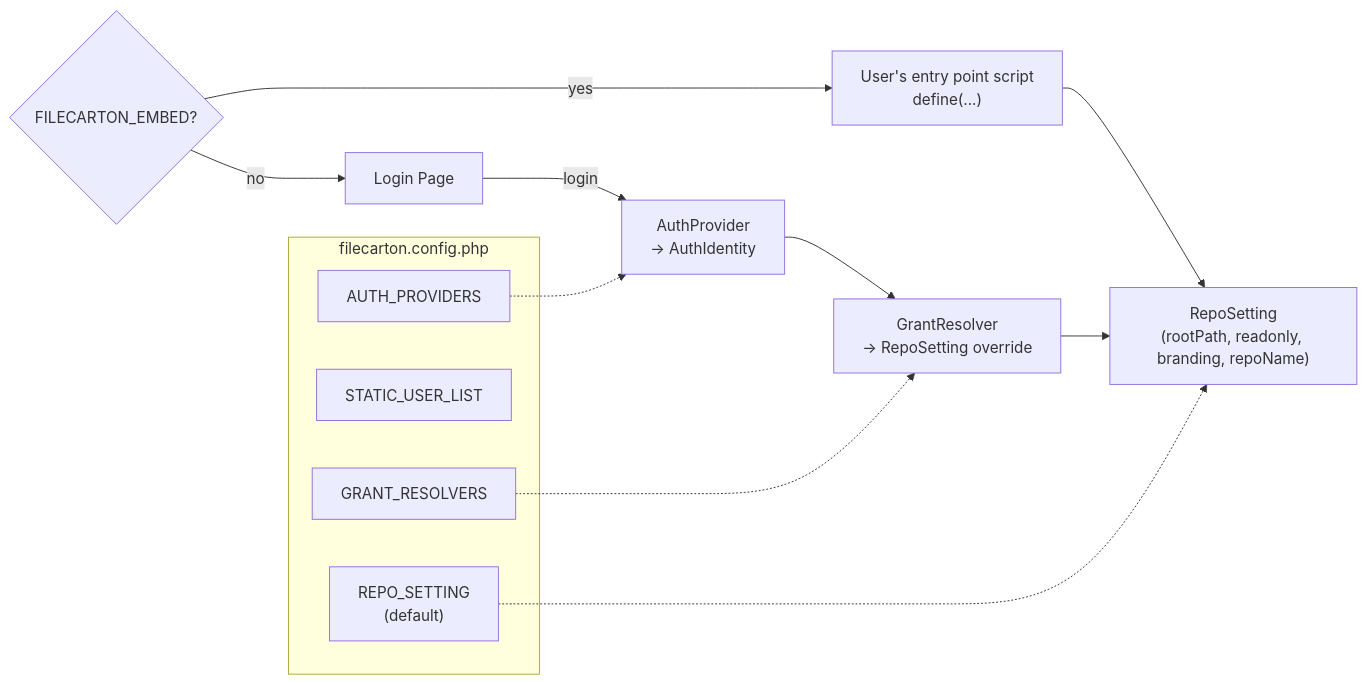
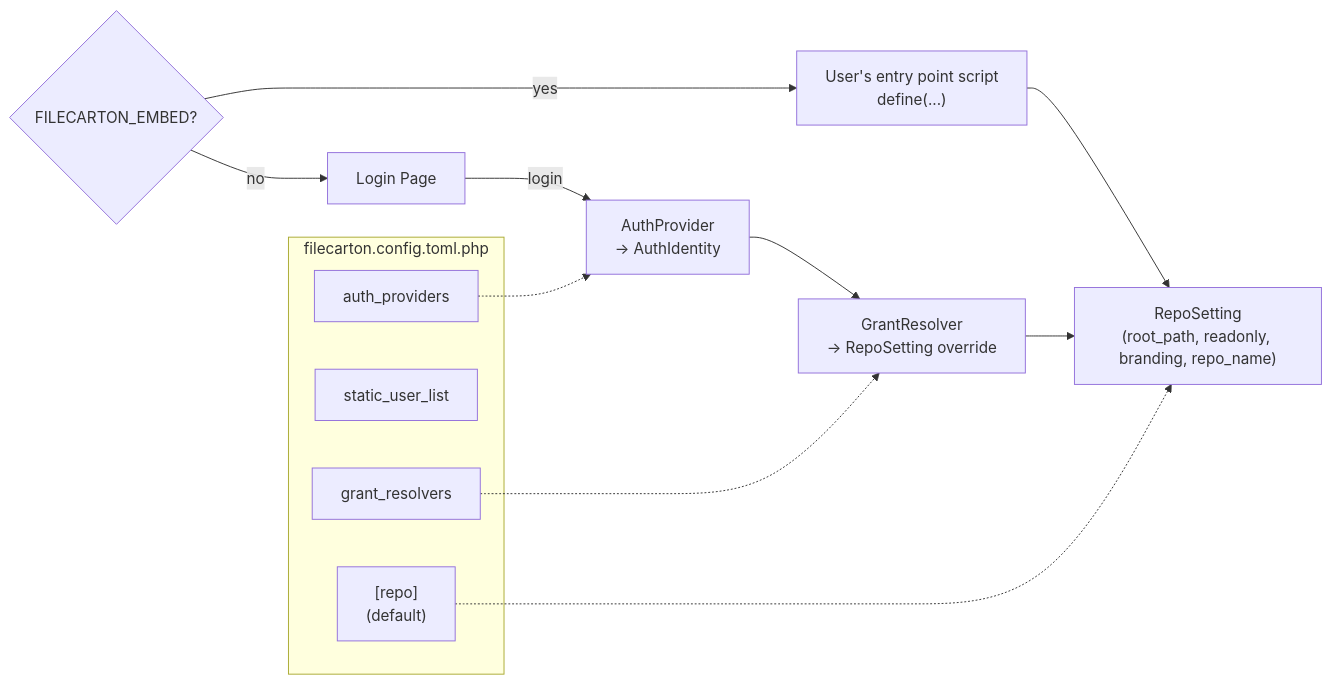
One commit to zbx1425/filecarton changed the diagram in docs/config_auth.md. Above: the diagram before and after it, drawn with Mermaid. The commit also changed other lines of this file and 28 other files, not shown here.

Commit message:
feat: use TOML for config

````diff
--- a/docs/config_auth.md
+++ b/docs/config_auth.md
@@ -9,23 +9,23 @@
 ```mermaid
 flowchart LR
     mode{"FILECARTON_EMBED?"}
 
     mode -->|"yes"| entry["User's entry point script\ndefine(...)"]
-    entry --> repoSetting["RepoSetting\n(rootPath, readonly, branding, repoName)"]
+    entry --> repoSetting["RepoSetting\n(root_path, readonly, branding, repo_name)"]
 
     mode -->|"no"| browser["Login Page"]
     browser -->|"login"| provider["AuthProvider\n→ AuthIdentity"]
     provider --> grant["GrantResolver\n→ RepoSetting override"]
     grant --> repoSetting
 
-    subgraph config ["filecarton.config.php"]
-        defaultSetting["REPO_SETTING\n(default)"]
-        userList["STATIC_USER_LIST"]
-        providers["AUTH_PROVIDERS"]
-        resolvers["GRANT_RESOLVERS"]
+    subgraph config ["filecarton.config.toml.php"]
+        defaultSetting["[repo]\n(default)"]
+        userList["static_user_list"]
+        providers["auth_providers"]
+        resolvers["grant_resolvers"]
     end
 
     defaultSetting -.-> repoSetting
     providers -.-> provider
     resolvers -.-> grant
 ```
````
